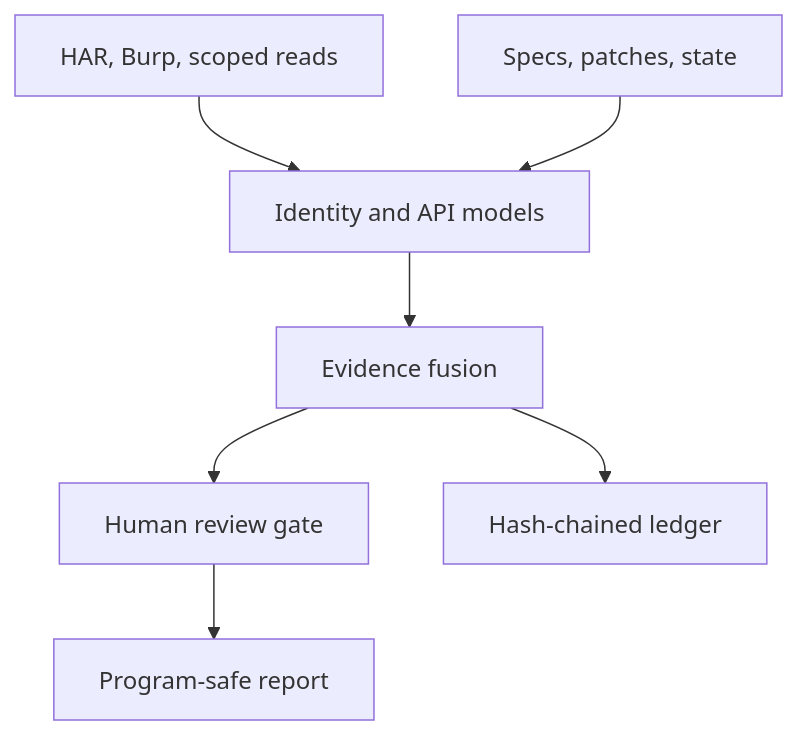
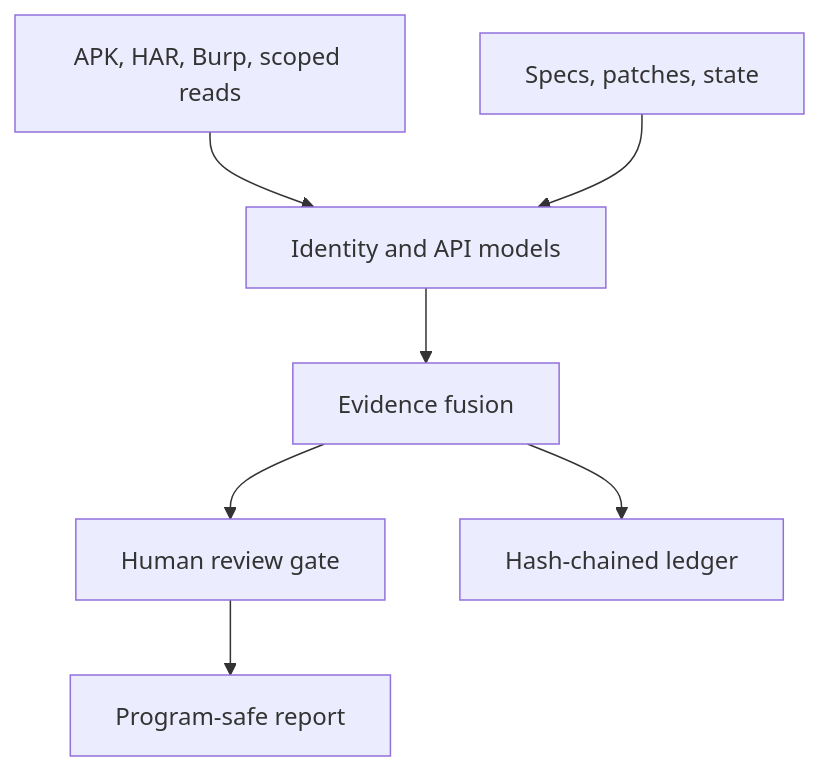
The diagram in README.md (MEZ111/barq-crs), drawn with Mermaid before and after one commit. The commit also changed other lines of this file and 25 other files, not shown here.

````diff
--- a/README.md
+++ b/README.md
@@ -45,9 +49,9 @@
 ```mermaid
 flowchart TD
-    A["HAR, Burp, scoped reads"] --> B["Identity and API models"]
+    A["APK, HAR, Burp, scoped reads"] --> B["Identity and API models"]
     C["Specs, patches, state"] --> B
     B --> D["Evidence fusion"]
     D --> E["Human review gate"]
     E --> F["Program-safe report"]
     D --> G["Hash-chained ledger"]
 ```
````
